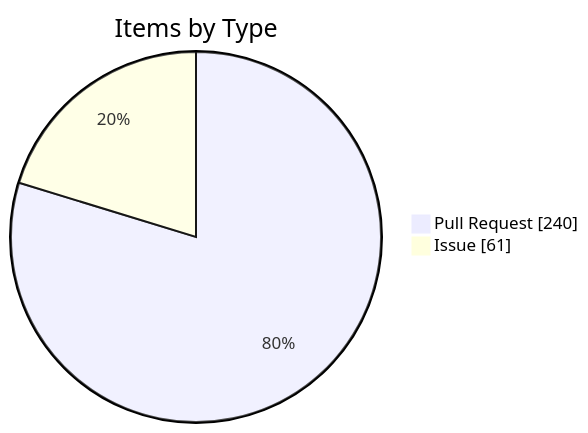
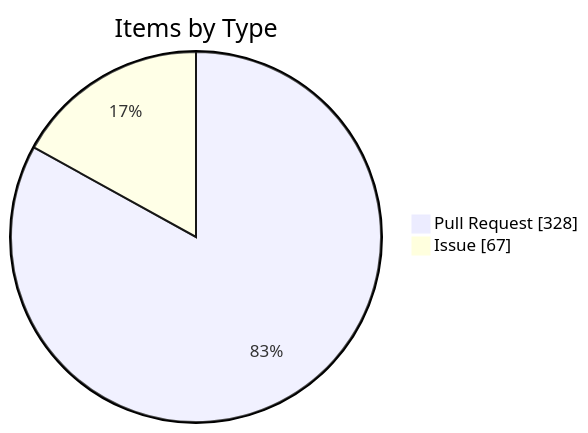
One commit to KBVE/kbve changed the fourth of 4 diagrams in apps/kbve/astro-kbve/src/content/docs/dashboard/kanban.mdx. Above: the diagram before and after it, drawn with Mermaid. The commit also changed other lines of this file and 8 other files, not shown here.

````diff
--- a/apps/kbve/astro-kbve/src/content/docs/dashboard/kanban.mdx
+++ b/apps/kbve/astro-kbve/src/content/docs/dashboard/kanban.mdx
@@ -116,6 +116,6 @@
 ```mermaid
 pie showData
     title Items by Type
-    "Pull Request" : 240
-    "Issue" : 61
+    "Pull Request" : 328
+    "Issue" : 67
 ```
````
